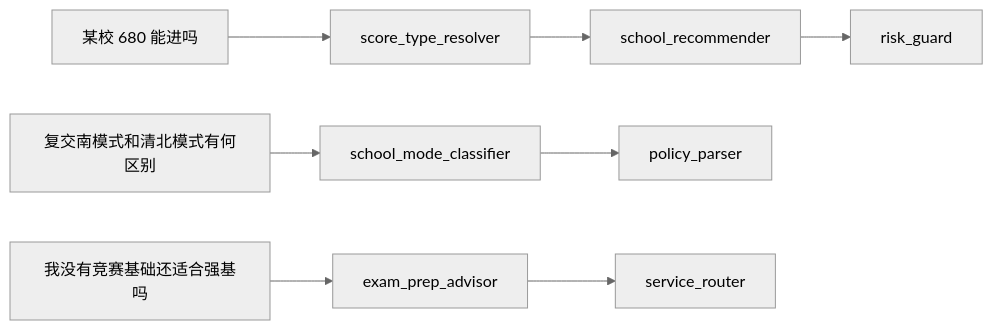
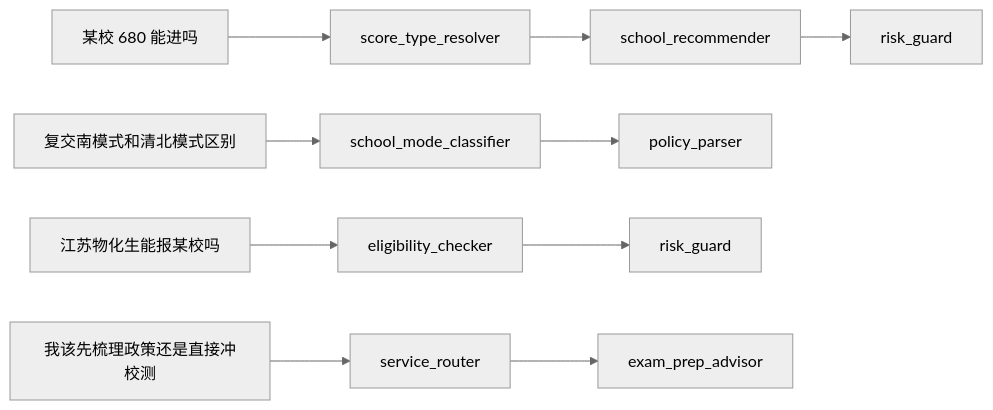
Before and after one commit to TreeEast1/zhumeng-qiangji-skill: the second of 2 diagrams in README.md, drawn with Mermaid (neutral theme). The commit also changed other lines of this file, not shown here.

````diff
--- a/README.md
+++ b/README.md
@@ -96,12 +217,15 @@
 ```mermaid
 flowchart LR
     Q1["某校 680 能进吗"] --> S1["score_type_resolver"]
     S1 --> S2["school_recommender"]
     S2 --> S3["risk_guard"]
 
-    Q2["复交南模式和清北模式有何区别"] --> P1["school_mode_classifier"]
-    P1 --> P2["policy_parser"]
+    Q2["复交南模式和清北模式区别"] --> M1["school_mode_classifier"]
+    M1 --> M2["policy_parser"]
 
-    Q3["我没有竞赛基础还适合强基吗"] --> A1["exam_prep_advisor"]
-    A1 --> A2["service_router"]
+    Q3["江苏物化生能报某校吗"] --> E1["eligibility_checker"]
+    E1 --> E2["risk_guard"]
+
+    Q4["我该先梳理政策还是直接冲校测"] --> R1["service_router"]
+    R1 --> R2["exam_prep_advisor"]
 ```
````
